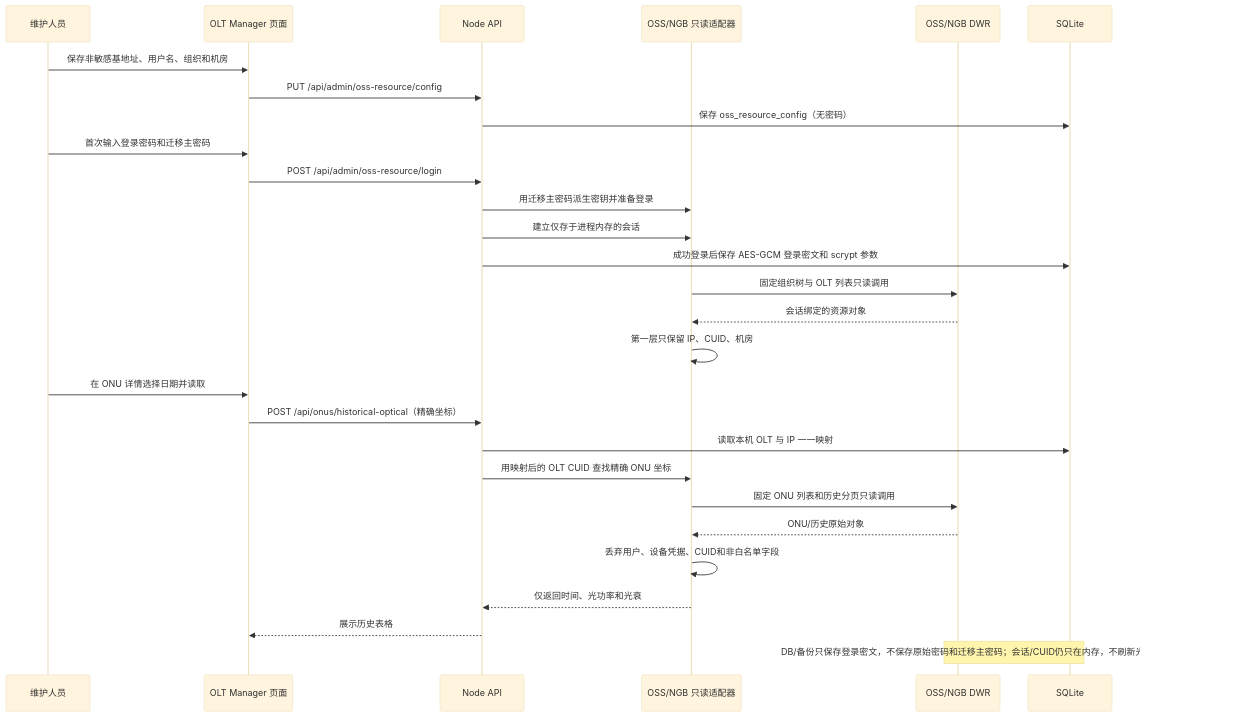
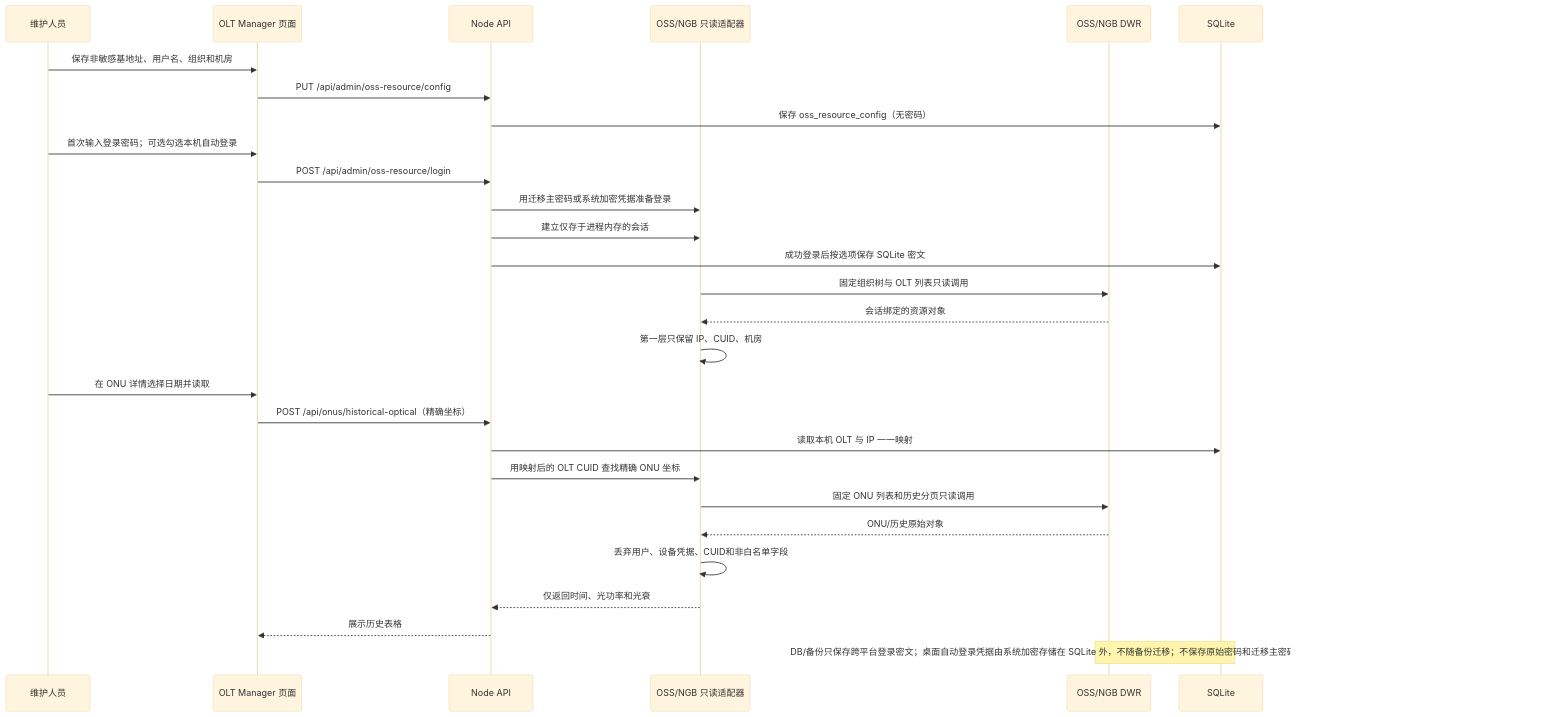
Before and after one commit to landvd/OLT-Manager: diagram 13 of 14 in docs/design/sequence.md, drawn with Mermaid (base theme). The commit also changed other lines of this file and 39 other files, not shown here.

````diff
--- a/docs/design/sequence.md
+++ b/docs/design/sequence.md
@@ -313,31 +352,31 @@
 ```mermaid
 sequenceDiagram
   participant User as 维护人员
   participant Browser as OLT Manager 页面
   participant API as Node API
   participant Session as OSS/NGB 只读适配器
   participant OSS as OSS/NGB DWR
   participant DB as SQLite
 
   User->>Browser: 保存非敏感基地址、用户名、组织和机房
   Browser->>API: PUT /api/admin/oss-resource/config
   API->>DB: 保存 oss_resource_config（无密码）
-  User->>Browser: 首次输入登录密码和迁移主密码
+  User->>Browser: 首次输入登录密码；可选勾选本机自动登录
   Browser->>API: POST /api/admin/oss-resource/login
-  API->>Session: 用迁移主密码派生密钥并准备登录
+  API->>Session: 用迁移主密码或系统加密凭据准备登录
   API->>Session: 建立仅存于进程内存的会话
-  API->>DB: 成功登录后保存 AES-GCM 登录密文和 scrypt 参数
+  API->>DB: 成功登录后按选项保存 SQLite 密文
   Session->>OSS: 固定组织树与 OLT 列表只读调用
   OSS-->>Session: 会话绑定的资源对象
   Session->>Session: 第一层只保留 IP、CUID、机房
   User->>Browser: 在 ONU 详情选择日期并读取
   Browser->>API: POST /api/onus/historical-optical（精确坐标）
   API->>DB: 读取本机 OLT 与 IP 一一映射
   API->>Session: 用映射后的 OLT CUID 查找精确 ONU 坐标
   Session->>OSS: 固定 ONU 列表和历史分页只读调用
   OSS-->>Session: ONU/历史原始对象
   Session->>Session: 丢弃用户、设备凭据、CUID和非白名单字段
   Session-->>API: 仅返回时间、光功率和光衰
   API-->>Browser: 展示历史表格
-  Note over DB,OSS: DB/备份只保存登录密文，不保存原始密码和迁移主密码；会话/CUID仍只在内存，不刷新光功率，不访问 OLT 写接口
+  Note over DB,OSS: DB/备份只保存跨平台登录密文；桌面自动登录凭据由系统加密存储在 SQLite 外，不随备份迁移；不保存原始密码和迁移主密码，会话/CUID仍只在内存，不刷新光功率，不访问 OLT 写接口
 ```
````
